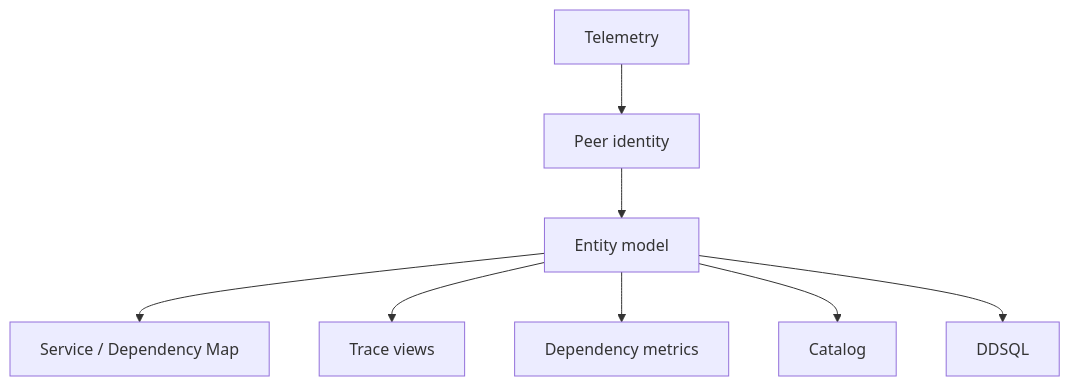
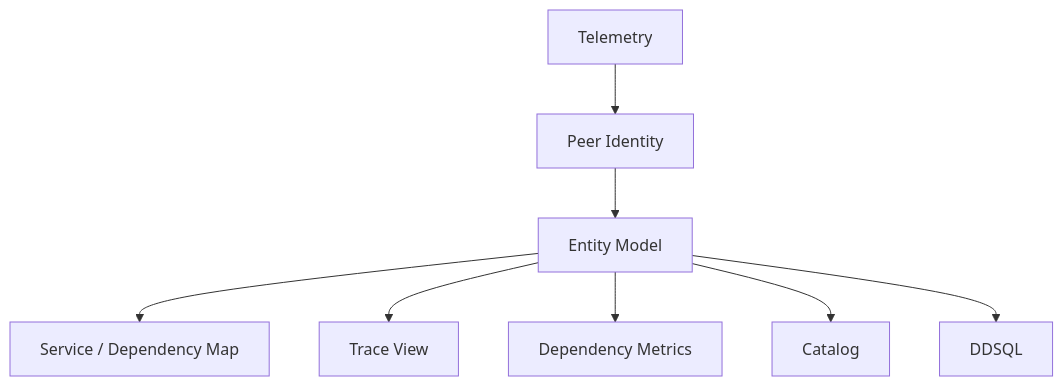
Before and after one commit to XiaoWeiKIN/Observability-Lab: diagram 12 of 13 in docs/datadog/inferred-services.md, drawn with Mermaid. The commit also changed other lines of this file, not shown here.

````diff
--- a/docs/datadog/inferred-services.md
+++ b/docs/datadog/inferred-services.md
@@ -514,12 +581,12 @@
-```mermaid
+~~~mermaid
 flowchart TD
     T[Telemetry]
-    T --> PI[Peer identity]
-    PI --> E[Entity model]
+    T --> PI[Peer Identity]
+    PI --> E[Entity Model]
 
     E --> SM[Service / Dependency Map]
-    E --> TV[Trace views]
-    E --> M[Dependency metrics]
+    E --> TV[Trace View]
+    E --> M[Dependency Metrics]
     E --> C[Catalog]
     E --> SQL[DDSQL]
-```
+~~~
````
